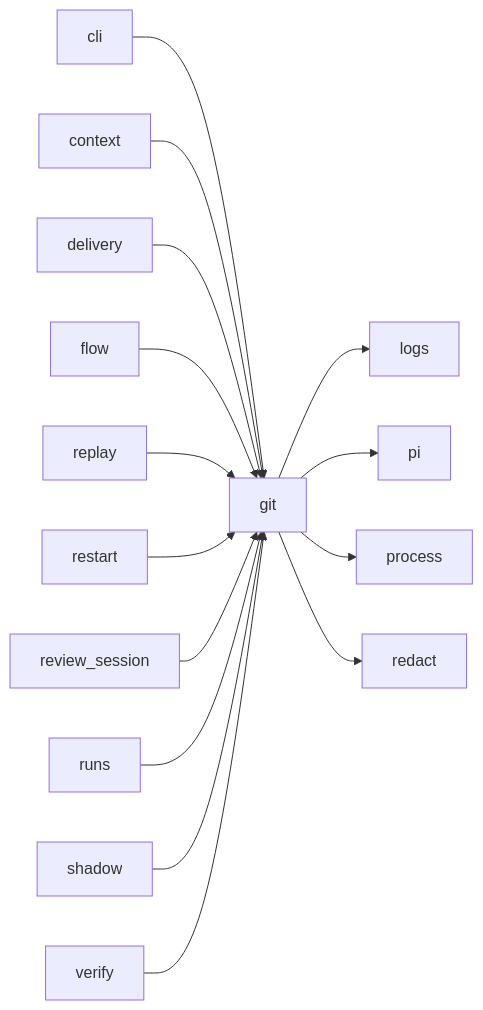
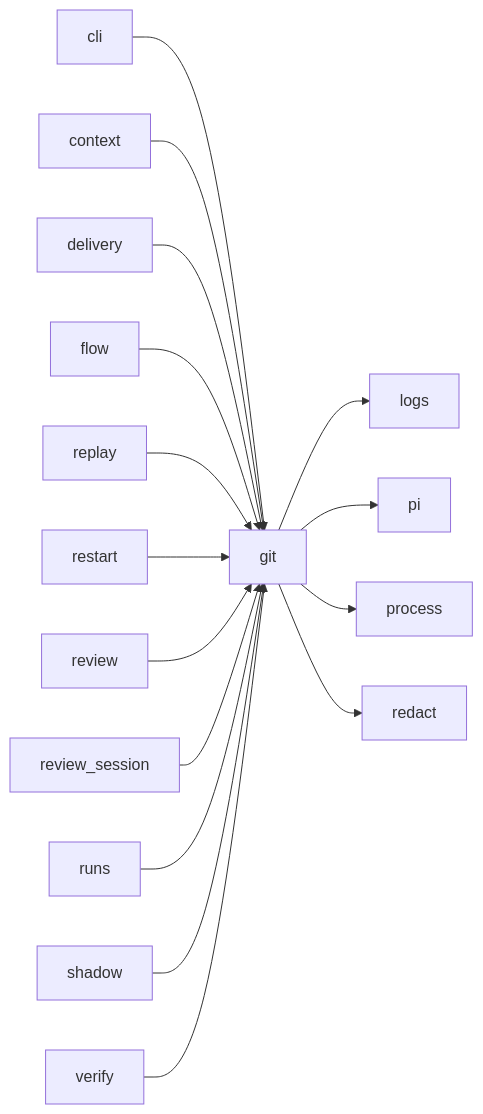
Before and after one commit to plaplanche/ariane: the third of 3 diagrams in docs/architecture/modules/git.md, drawn with Mermaid. The commit also changed 33 other files, not shown here.

````diff
--- a/docs/architecture/modules/git.md
+++ b/docs/architecture/modules/git.md
@@ -164,17 +164,18 @@
 ```mermaid
 flowchart LR
   cli --> git
   context --> git
   delivery --> git
   flow --> git
   git --> logs
   git --> pi
   git --> process
   git --> redact
   replay --> git
   restart --> git
+  review --> git
   review_session --> git
   runs --> git
   shadow --> git
   verify --> git
 ```
````
